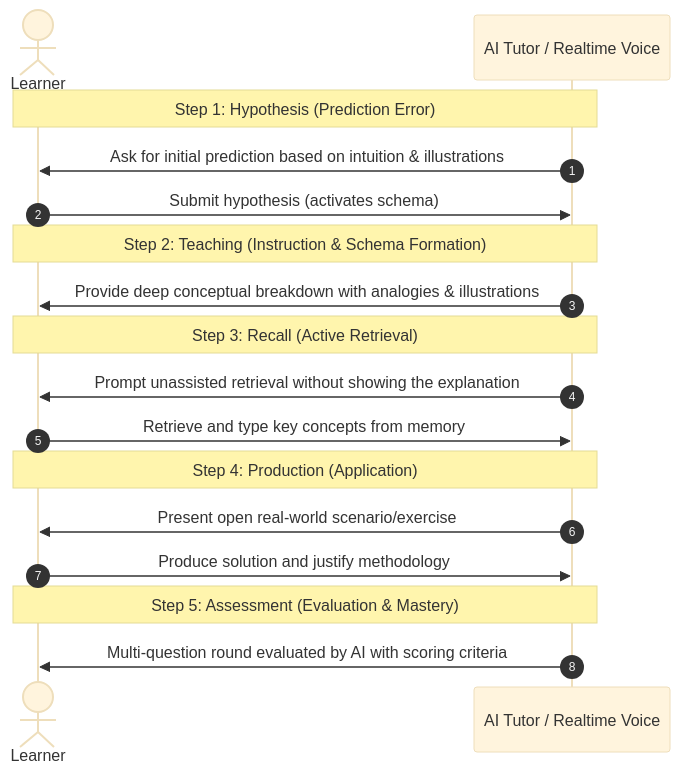
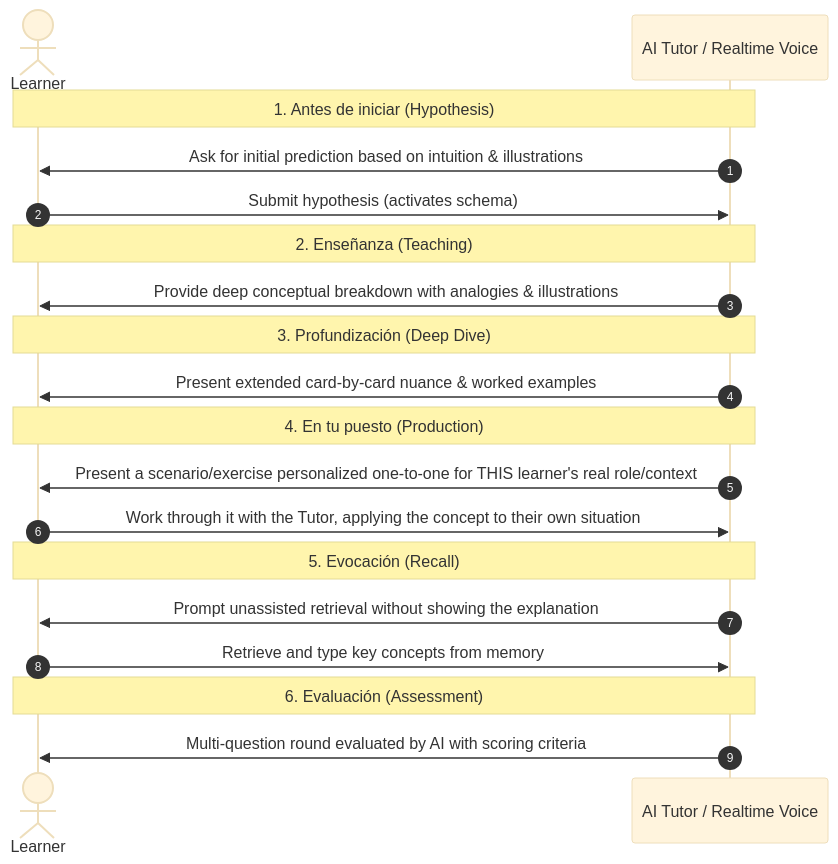
Before and after one commit to flatluna/humanos: the third of 9 diagrams in ENGRAMS_SYSTEM_ARCHITECTURE.md, drawn with Mermaid (base theme). The commit also changed other lines of this file and 52 other files, not shown here.

````diff
--- a/ENGRAMS_SYSTEM_ARCHITECTURE.md
+++ b/ENGRAMS_SYSTEM_ARCHITECTURE.md
@@ -64,24 +158,27 @@
 ```mermaid
 sequenceDiagram
     autonumber
     actor Learner
     participant Tutor as AI Tutor / Realtime Voice
-    
-    Note over Learner,Tutor: Step 1: Hypothesis (Prediction Error)
+
+    Note over Learner,Tutor: 1. Antes de iniciar (Hypothesis)
     Tutor->>Learner: Ask for initial prediction based on intuition & illustrations
     Learner->>Tutor: Submit hypothesis (activates schema)
-    
-    Note over Learner,Tutor: Step 2: Teaching (Instruction & Schema Formation)
+
+    Note over Learner,Tutor: 2. Enseñanza (Teaching)
     Tutor->>Learner: Provide deep conceptual breakdown with analogies & illustrations
-    
-    Note over Learner,Tutor: Step 3: Recall (Active Retrieval)
+
+    Note over Learner,Tutor: 3. Profundización (Deep Dive)
+    Tutor->>Learner: Present extended card-by-card nuance & worked examples
+
+    Note over Learner,Tutor: 4. En tu puesto (Production)
+    Tutor->>Learner: Present a scenario/exercise personalized one-to-one for THIS learner's real role/context
+    Learner->>Tutor: Work through it with the Tutor, applying the concept to their own situation
+
+    Note over Learner,Tutor: 5. Evocación (Recall)
     Tutor->>Learner: Prompt unassisted retrieval without showing the explanation
     Learner->>Tutor: Retrieve and type key concepts from memory
-    
-    Note over Learner,Tutor: Step 4: Production (Application)
-    Tutor->>Learner: Present open real-world scenario/exercise
-    Learner->>Tutor: Produce solution and justify methodology
-    
-    Note over Learner,Tutor: Step 5: Assessment (Evaluation & Mastery)
+
+    Note over Learner,Tutor: 6. Evaluación (Assessment)
     Tutor->>Learner: Multi-question round evaluated by AI with scoring criteria
 ```
````
